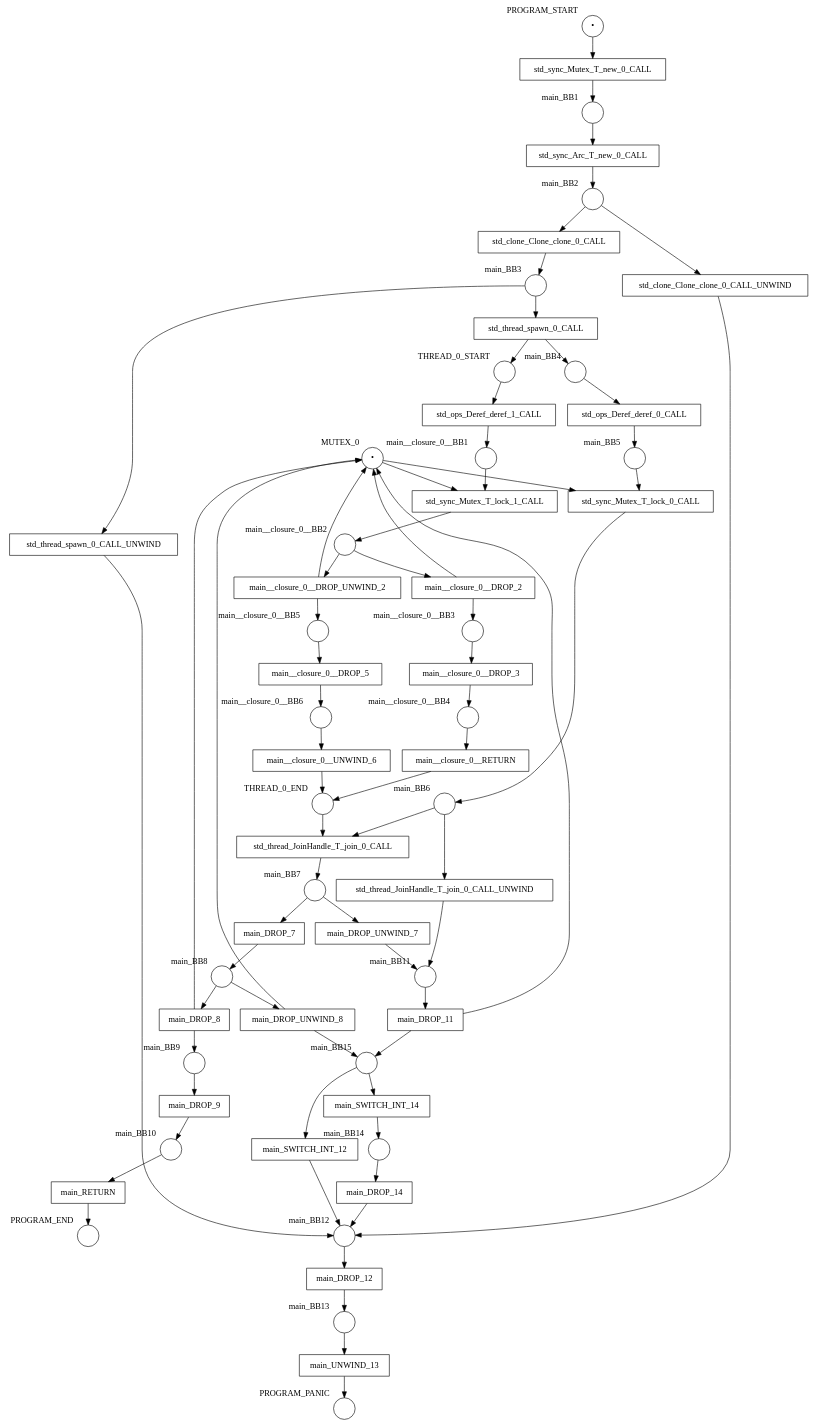
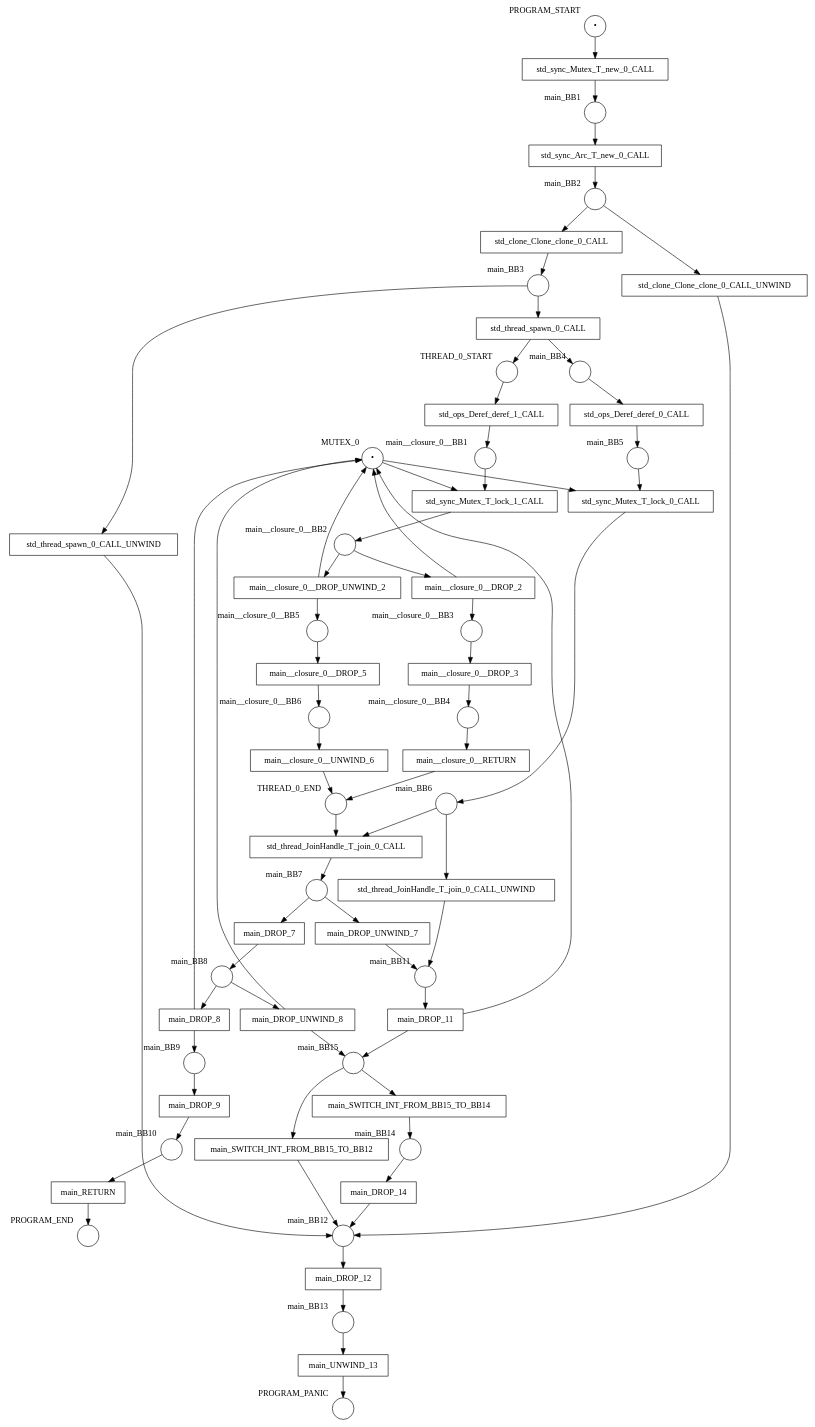
The diagram in examples/results/mutex/two_threads_sharing_mutex/net.dot (hlisdero/cargo-check-deadlock), drawn with Graphviz before and after one commit. The commit also changed 34 other files, not shown here.

```diff
--- a/examples/results/mutex/two_threads_sharing_mutex/net.dot
+++ b/examples/results/mutex/two_threads_sharing_mutex/net.dot
@@ -1,128 +1,128 @@
 digraph petrinet {
     MUTEX_0 [shape="circle" xlabel="MUTEX_0" label="•"];
     PROGRAM_END [shape="circle" xlabel="PROGRAM_END" label=""];
     PROGRAM_PANIC [shape="circle" xlabel="PROGRAM_PANIC" label=""];
     PROGRAM_START [shape="circle" xlabel="PROGRAM_START" label="•"];
     THREAD_0_END [shape="circle" xlabel="THREAD_0_END" label=""];
     THREAD_0_START [shape="circle" xlabel="THREAD_0_START" label=""];
     main_BB1 [shape="circle" xlabel="main_BB1" label=""];
     main_BB10 [shape="circle" xlabel="main_BB10" label=""];
     main_BB11 [shape="circle" xlabel="main_BB11" label=""];
     main_BB12 [shape="circle" xlabel="main_BB12" label=""];
     main_BB13 [shape="circle" xlabel="main_BB13" label=""];
     main_BB14 [shape="circle" xlabel="main_BB14" label=""];
     main_BB15 [shape="circle" xlabel="main_BB15" label=""];
     main_BB2 [shape="circle" xlabel="main_BB2" label=""];
     main_BB3 [shape="circle" xlabel="main_BB3" label=""];
     main_BB4 [shape="circle" xlabel="main_BB4" label=""];
     main_BB5 [shape="circle" xlabel="main_BB5" label=""];
     main_BB6 [shape="circle" xlabel="main_BB6" label=""];
     main_BB7 [shape="circle" xlabel="main_BB7" label=""];
     main_BB8 [shape="circle" xlabel="main_BB8" label=""];
     main_BB9 [shape="circle" xlabel="main_BB9" label=""];
     main__closure_0__BB1 [shape="circle" xlabel="main__closure_0__BB1" label=""];
     main__closure_0__BB2 [shape="circle" xlabel="main__closure_0__BB2" label=""];
     main__closure_0__BB3 [shape="circle" xlabel="main__closure_0__BB3" label=""];
     main__closure_0__BB4 [shape="circle" xlabel="main__closure_0__BB4" label=""];
     main__closure_0__BB5 [shape="circle" xlabel="main__closure_0__BB5" label=""];
     main__closure_0__BB6 [shape="circle" xlabel="main__closure_0__BB6" label=""];
     main_DROP_11 [shape="box" xlabel="" label="main_DROP_11"];
     main_DROP_12 [shape="box" xlabel="" label="main_DROP_12"];
     main_DROP_14 [shape="box" xlabel="" label="main_DROP_14"];
     main_DROP_7 [shape="box" xlabel="" label="main_DROP_7"];
     main_DROP_8 [shape="box" xlabel="" label="main_DROP_8"];
     main_DROP_9 [shape="box" xlabel="" label="main_DROP_9"];
     main_DROP_UNWIND_7 [shape="box" xlabel="" label="main_DROP_UNWIND_7"];
     main_DROP_UNWIND_8 [shape="box" xlabel="" label="main_DROP_UNWIND_8"];
     main_RETURN [shape="box" xlabel="" label="main_RETURN"];
-    main_SWITCH_INT_12 [shape="box" xlabel="" label="main_SWITCH_INT_12"];
-    main_SWITCH_INT_14 [shape="box" xlabel="" label="main_SWITCH_INT_14"];
+    main_SWITCH_INT_FROM_BB15_TO_BB12 [shape="box" xlabel="" label="main_SWITCH_INT_FROM_BB15_TO_BB12"];
+    main_SWITCH_INT_FROM_BB15_TO_BB14 [shape="box" xlabel="" label="main_SWITCH_INT_FROM_BB15_TO_BB14"];
     main_UNWIND_13 [shape="box" xlabel="" label="main_UNWIND_13"];
     main__closure_0__DROP_2 [shape="box" xlabel="" label="main__closure_0__DROP_2"];
     main__closure_0__DROP_3 [shape="box" xlabel="" label="main__closure_0__DROP_3"];
     main__closure_0__DROP_5 [shape="box" xlabel="" label="main__closure_0__DROP_5"];
     main__closure_0__DROP_UNWIND_2 [shape="box" xlabel="" label="main__closure_0__DROP_UNWIND_2"];
     main__closure_0__RETURN [shape="box" xlabel="" label="main__closure_0__RETURN"];
     main__closure_0__UNWIND_6 [shape="box" xlabel="" label="main__closure_0__UNWIND_6"];
     std_clone_Clone_clone_0_CALL [shape="box" xlabel="" label="std_clone_Clone_clone_0_CALL"];
     std_clone_Clone_clone_0_CALL_UNWIND [shape="box" xlabel="" label="std_clone_Clone_clone_0_CALL_UNWIND"];
     std_ops_Deref_deref_0_CALL [shape="box" xlabel="" label="std_ops_Deref_deref_0_CALL"];
     std_ops_Deref_deref_1_CALL [shape="box" xlabel="" label="std_ops_Deref_deref_1_CALL"];
     std_sync_Arc_T_new_0_CALL [shape="box" xlabel="" label="std_sync_Arc_T_new_0_CALL"];
     std_sync_Mutex_T_lock_0_CALL [shape="box" xlabel="" label="std_sync_Mutex_T_lock_0_CALL"];
     std_sync_Mutex_T_lock_1_CALL [shape="box" xlabel="" label="std_sync_Mutex_T_lock_1_CALL"];
     std_sync_Mutex_T_new_0_CALL [shape="box" xlabel="" label="std_sync_Mutex_T_new_0_CALL"];
     std_thread_JoinHandle_T_join_0_CALL [shape="box" xlabel="" label="std_thread_JoinHandle_T_join_0_CALL"];
     std_thread_JoinHandle_T_join_0_CALL_UNWIND [shape="box" xlabel="" label="std_thread_JoinHandle_T_join_0_CALL_UNWIND"];
     std_thread_spawn_0_CALL [shape="box" xlabel="" label="std_thread_spawn_0_CALL"];
     std_thread_spawn_0_CALL_UNWIND [shape="box" xlabel="" label="std_thread_spawn_0_CALL_UNWIND"];
     MUTEX_0 -> std_sync_Mutex_T_lock_0_CALL;
     MUTEX_0 -> std_sync_Mutex_T_lock_1_CALL;
     PROGRAM_START -> std_sync_Mutex_T_new_0_CALL;
     THREAD_0_END -> std_thread_JoinHandle_T_join_0_CALL;
     THREAD_0_START -> std_ops_Deref_deref_1_CALL;
     main_BB1 -> std_sync_Arc_T_new_0_CALL;
     main_BB10 -> main_RETURN;
     main_BB11 -> main_DROP_11;
     main_BB12 -> main_DROP_12;
     main_BB13 -> main_UNWIND_13;
     main_BB14 -> main_DROP_14;
-    main_BB15 -> main_SWITCH_INT_12;
-    main_BB15 -> main_SWITCH_INT_14;
+    main_BB15 -> main_SWITCH_INT_FROM_BB15_TO_BB12;
+    main_BB15 -> main_SWITCH_INT_FROM_BB15_TO_BB14;
     main_BB2 -> std_clone_Clone_clone_0_CALL;
     main_BB2 -> std_clone_Clone_clone_0_CALL_UNWIND;
     main_BB3 -> std_thread_spawn_0_CALL;
     main_BB3 -> std_thread_spawn_0_CALL_UNWIND;
     main_BB4 -> std_ops_Deref_deref_0_CALL;
     main_BB5 -> std_sync_Mutex_T_lock_0_CALL;
     main_BB6 -> std_thread_JoinHandle_T_join_0_CALL;
     main_BB6 -> std_thread_JoinHandle_T_join_0_CALL_UNWIND;
     main_BB7 -> main_DROP_7;
     main_BB7 -> main_DROP_UNWIND_7;
     main_BB8 -> main_DROP_8;
     main_BB8 -> main_DROP_UNWIND_8;
     main_BB9 -> main_DROP_9;
     main__closure_0__BB1 -> std_sync_Mutex_T_lock_1_CALL;
     main__closure_0__BB2 -> main__closure_0__DROP_2;
     main__closure_0__BB2 -> main__closure_0__DROP_UNWIND_2;
     main__closure_0__BB3 -> main__closure_0__DROP_3;
     main__closure_0__BB4 -> main__closure_0__RETURN;
     main__closure_0__BB5 -> main__closure_0__DROP_5;
     main__closure_0__BB6 -> main__closure_0__UNWIND_6;
     main_DROP_11 -> MUTEX_0;
     main_DROP_11 -> main_BB15;
     main_DROP_12 -> main_BB13;
     main_DROP_14 -> main_BB12;
     main_DROP_7 -> main_BB8;
     main_DROP_8 -> MUTEX_0;
     main_DROP_8 -> main_BB9;
     main_DROP_9 -> main_BB10;
     main_DROP_UNWIND_7 -> main_BB11;
     main_DROP_UNWIND_8 -> MUTEX_0;
     main_DROP_UNWIND_8 -> main_BB15;
     main_RETURN -> PROGRAM_END;
-    main_SWITCH_INT_12 -> main_BB12;
-    main_SWITCH_INT_14 -> main_BB14;
+    main_SWITCH_INT_FROM_BB15_TO_BB12 -> main_BB12;
+    main_SWITCH_INT_FROM_BB15_TO_BB14 -> main_BB14;
     main_UNWIND_13 -> PROGRAM_PANIC;
     main__closure_0__DROP_2 -> MUTEX_0;
     main__closure_0__DROP_2 -> main__closure_0__BB3;
     main__closure_0__DROP_3 -> main__closure_0__BB4;
     main__closure_0__DROP_5 -> main__closure_0__BB6;
     main__closure_0__DROP_UNWIND_2 -> MUTEX_0;
     main__closure_0__DROP_UNWIND_2 -> main__closure_0__BB5;
     main__closure_0__RETURN -> THREAD_0_END;
     main__closure_0__UNWIND_6 -> THREAD_0_END;
     std_clone_Clone_clone_0_CALL -> main_BB3;
     std_clone_Clone_clone_0_CALL_UNWIND -> main_BB12;
     std_ops_Deref_deref_0_CALL -> main_BB5;
     std_ops_Deref_deref_1_CALL -> main__closure_0__BB1;
     std_sync_Arc_T_new_0_CALL -> main_BB2;
     std_sync_Mutex_T_lock_0_CALL -> main_BB6;
     std_sync_Mutex_T_lock_1_CALL -> main__closure_0__BB2;
     std_sync_Mutex_T_new_0_CALL -> main_BB1;
     std_thread_JoinHandle_T_join_0_CALL -> main_BB7;
     std_thread_JoinHandle_T_join_0_CALL_UNWIND -> main_BB11;
     std_thread_spawn_0_CALL -> THREAD_0_START;
     std_thread_spawn_0_CALL -> main_BB4;
     std_thread_spawn_0_CALL_UNWIND -> main_BB12;
 }
```
